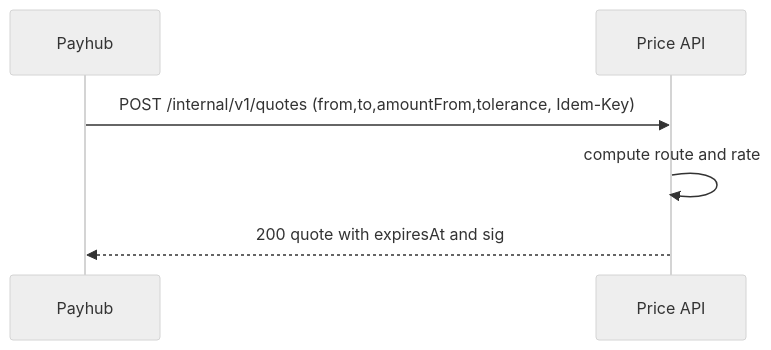
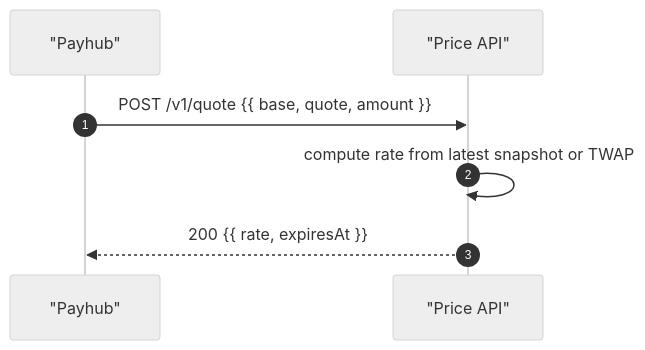
The fourth of 5 diagrams in miniapp-price-service.md (fuzeac/fuze-telegram-mini-app), drawn with Mermaid (neutral theme) before and after one commit. The commit also changed other lines of this file, not shown here.

````diff
--- a/miniapp-price-service.md
+++ b/miniapp-price-service.md
@@ -127,8 +143,9 @@
 ```mermaid
 sequenceDiagram
-  participant PAY as Payhub
-  participant API as Price API
-  PAY->>API: POST /internal/v1/quotes (from,to,amountFrom,tolerance, Idem-Key)
-  API->>API: compute route and rate
-  API-->>PAY: 200 quote with expiresAt and sig
+  autonumber
+  participant PAY as "Payhub"
+  participant API as "Price API"
+  PAY->>API: POST /v1/quote {{ base, quote, amount }}
+  API->>API: compute rate from latest snapshot or TWAP
+  API-->>PAY: 200 {{ rate, expiresAt }}
 ```
````
